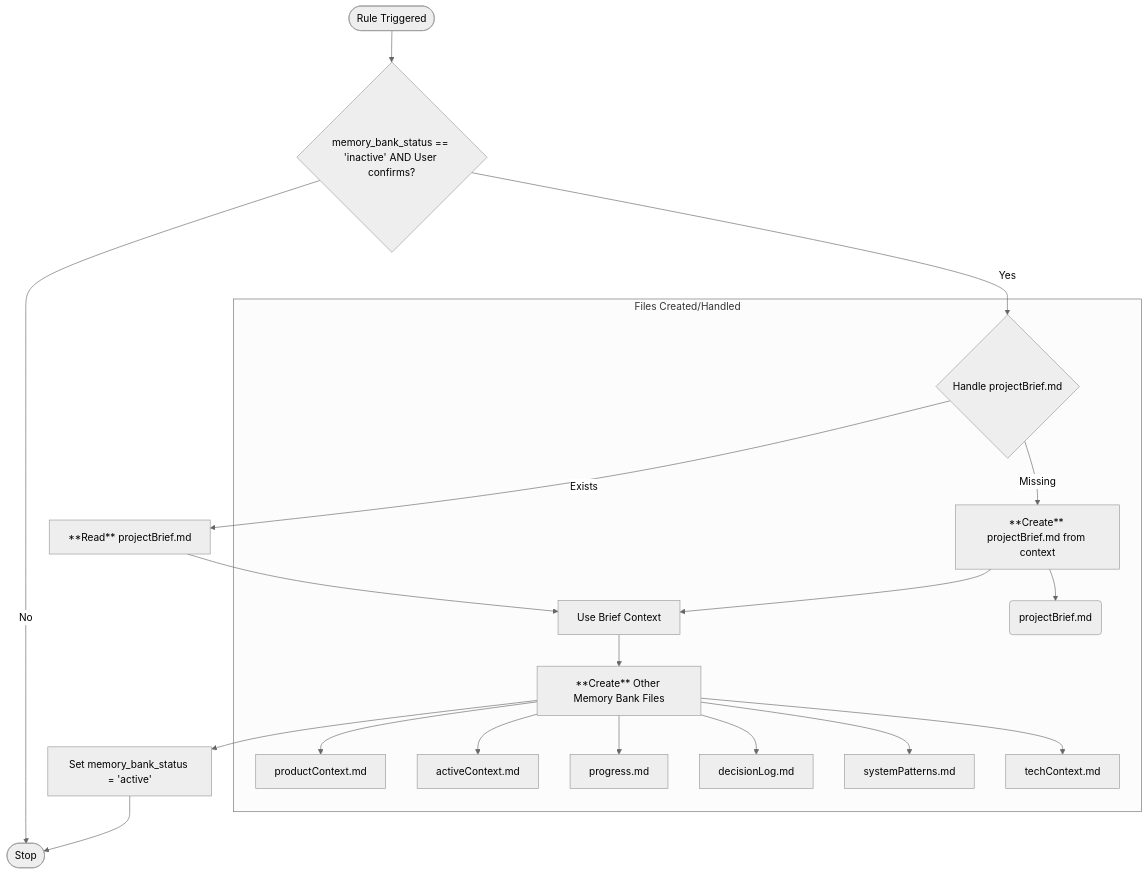
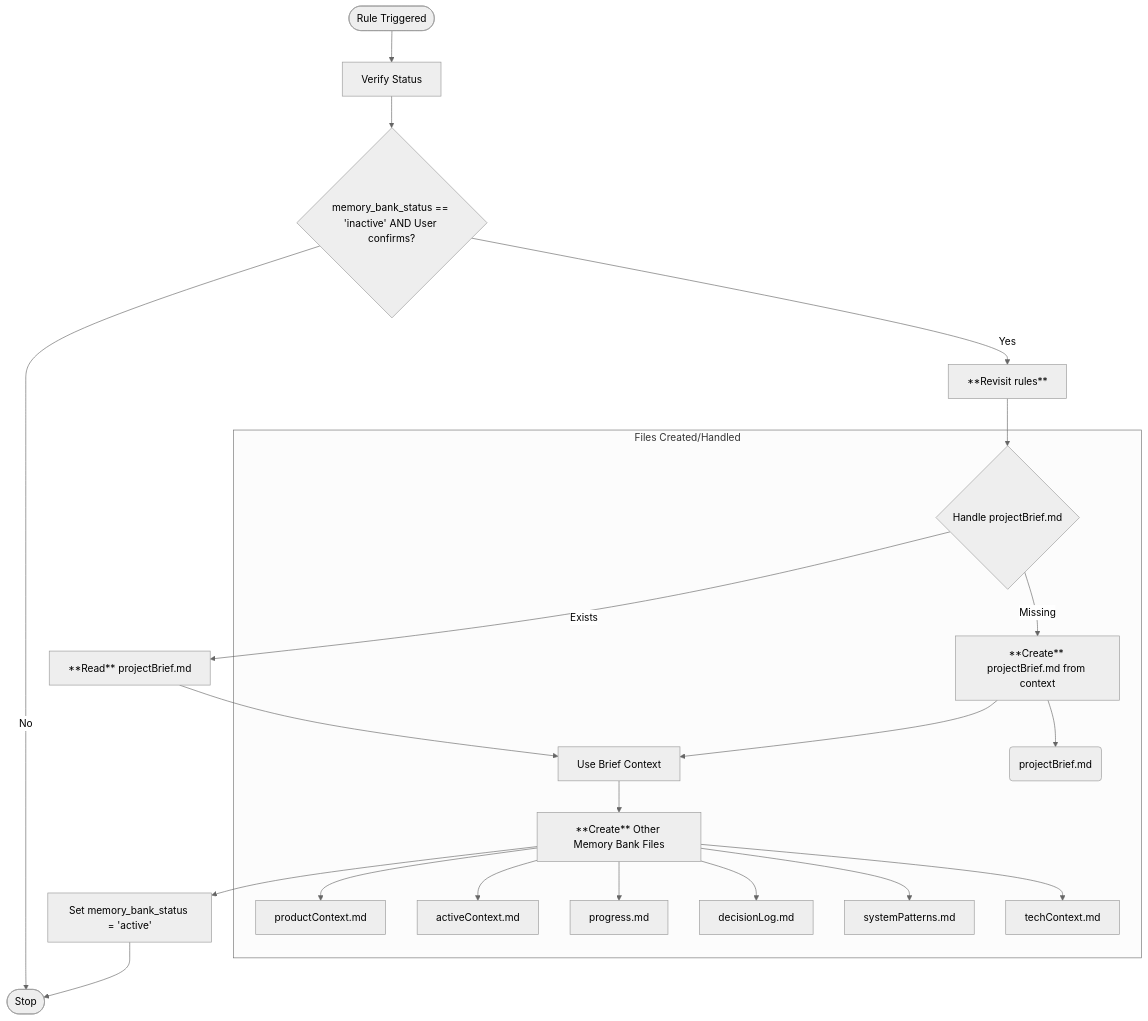
One commit to kvokka/getting-started changed the diagram in .cursor/rules/agent/memory-bank/init.mdc. Above: the diagram before and after it, drawn with Mermaid (neutral theme). The commit also changed other lines of this file and 2 other files, not shown here.

Commit message:
docs(memory-bank): clarify documentation search process
Updated the documentation to emphasize summarizing found knowledge in the TIL/docs section of the Memory Bank after finding a working solution.

````diff
--- a/.cursor/rules/agent/memory-bank/init.mdc
+++ b/.cursor/rules/agent/memory-bank/init.mdc
@@ -14,29 +14,31 @@
 ```mermaid
 flowchart TD
-    Start([Rule Triggered]) --> Confirm{memory_bank_status == 'inactive' AND User confirms?}
+    Start([Rule Triggered]) --> VerifyStatus[Verify Status]
+    VerifyStatus --> Confirm{memory_bank_status == 'inactive' AND User confirms?}
     Confirm -->|No| End([Stop])
 
-    Confirm -->|Yes| HandleBrief{Handle projectBrief.md}
+    Confirm -->|Yes| RevisitRules[**Revisit rules**]
+    RevisitRules --> HandleBrief{Handle projectBrief.md}
     HandleBrief -- Exists --> ReadBrief[**Read** projectBrief.md]
     HandleBrief -- Missing --> CreateBrief[**Create** projectBrief.md from context]
 
     ReadBrief --> UseBriefContext[Use Brief Context]
     CreateBrief --> UseBriefContext
 
     UseBriefContext --> CreateFiles[**Create** Other Memory Bank Files]
 
     CreateFiles --> UpdateStatus[Set memory_bank_status = 'active']
     UpdateStatus --> End
 
     subgraph "Files Created/Handled"
         HandleBrief
         CreateBrief --> FileBrief(projectBrief.md)
         UseBriefContext
         CreateFiles --> ProductContext[productContext.md]
         CreateFiles --> ActiveContext[activeContext.md]
         CreateFiles --> Progress[progress.md]
         CreateFiles --> DecisionLog[decisionLog.md]
         CreateFiles --> SystemPatterns[systemPatterns.md]
         CreateFiles --> TechContext[techContext.md]
     end
 ```
````
